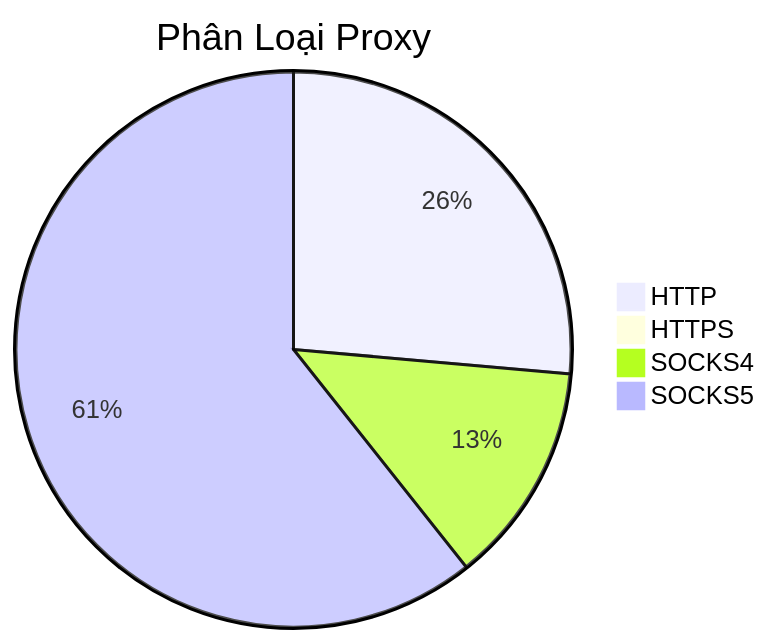
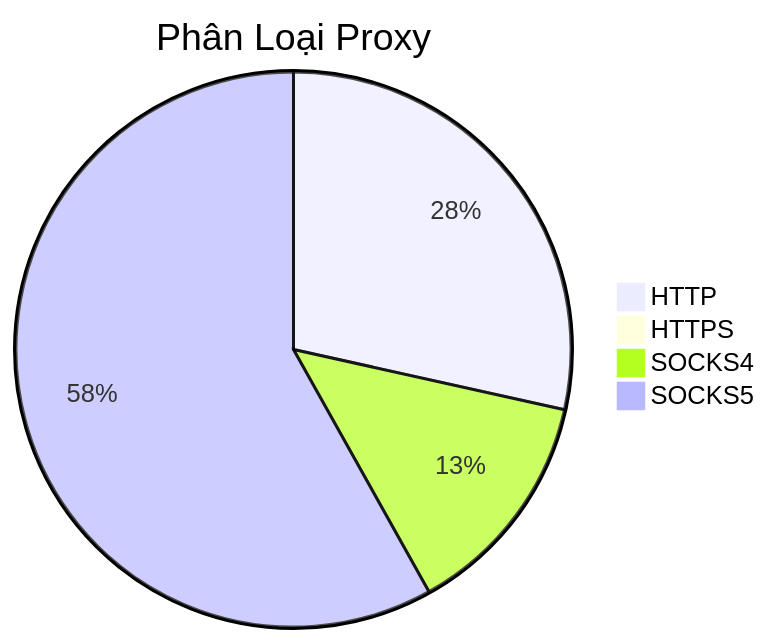
The diagram in README.md (Ciara-Aa/PROXY-free), drawn with Mermaid before and after one commit. The commit also changed other lines of this file and 4 other files, not shown here.

````diff
--- a/README.md
+++ b/README.md
@@ -26,7 +26,7 @@
 ```mermaid
 pie title Phân Loại Proxy
-    "HTTP" : 644
-    "HTTPS" : 4
-    "SOCKS4" : 315
-    "SOCKS5" : 1480
+    "HTTP" : 693
+    "HTTPS" : 0
+    "SOCKS4" : 326
+    "SOCKS5" : 1414
 ```
````
